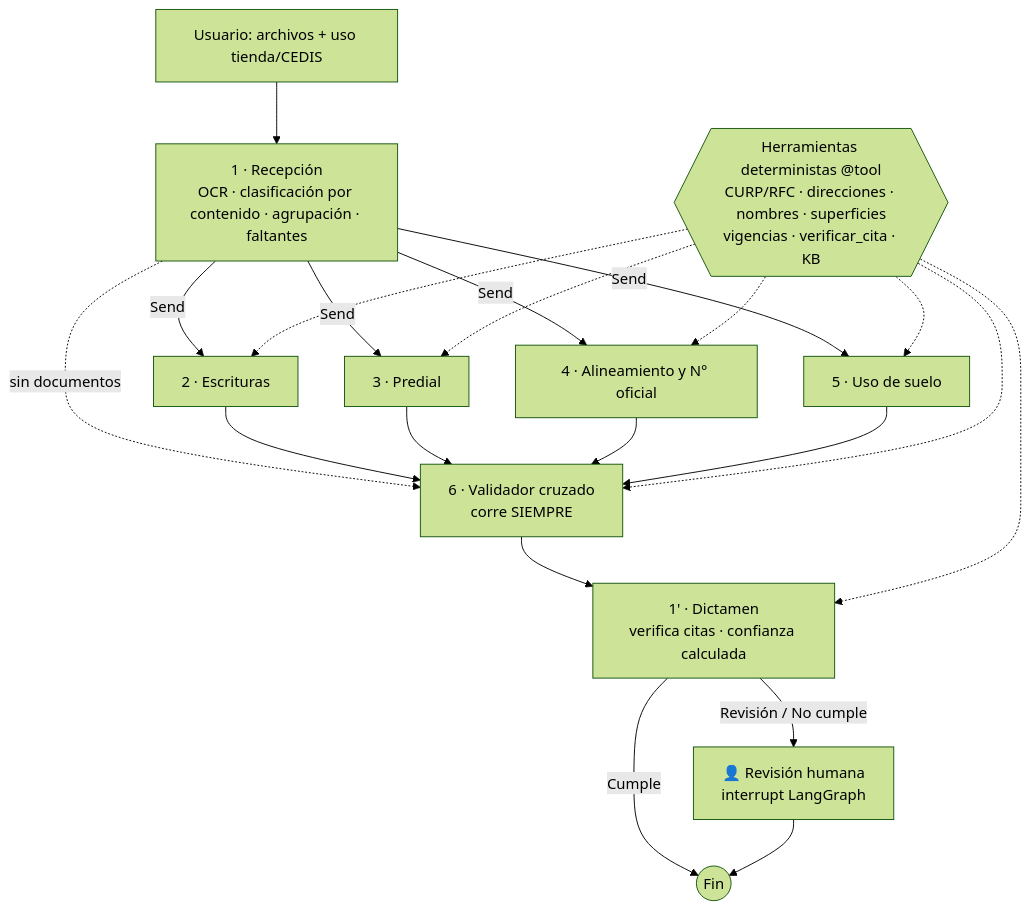
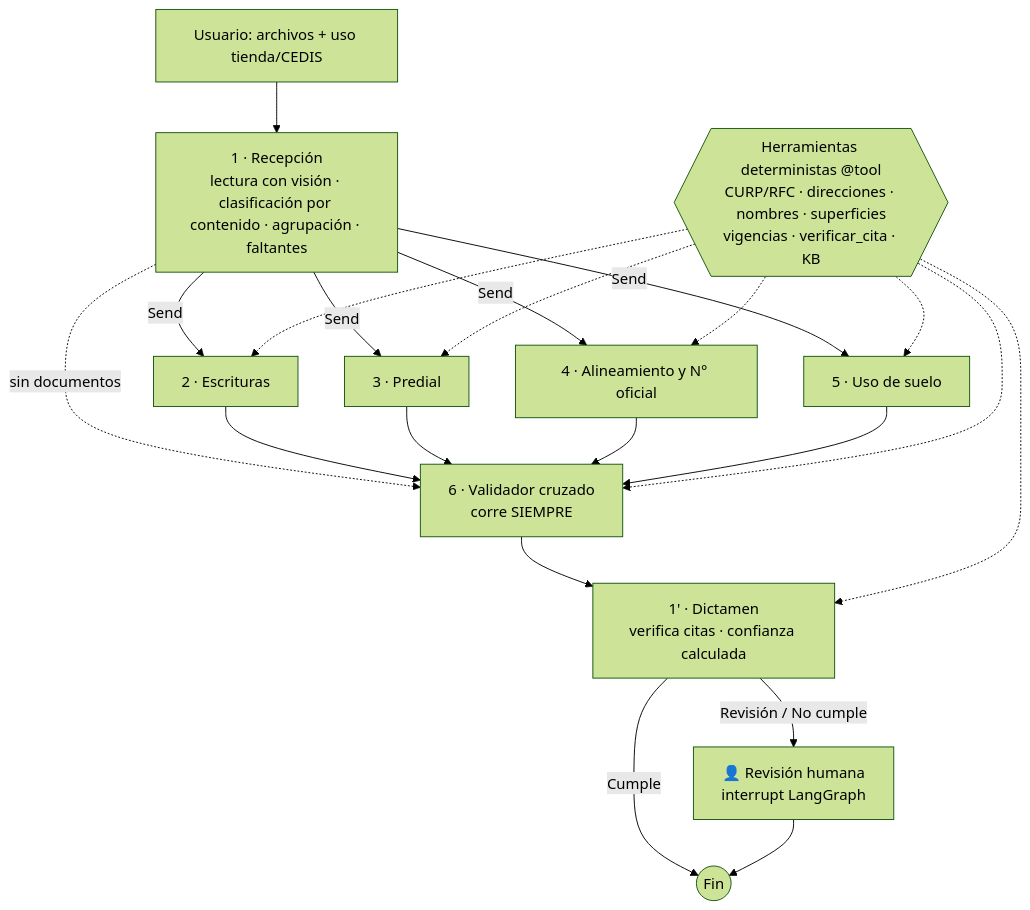
One commit to carrada/Hack3b-Team09 changed the diagram in README.md. Above: the diagram before and after it, drawn with Mermaid (forest theme). The commit also changed other lines of this file and 17 other files, not shown here.

First line of the commit message:
Lectura con LLM de visión local (sin OCR) y temporizador en la app

````diff
--- a/README.md
+++ b/README.md
@@ -29,14 +29,14 @@
 ```mermaid
 graph TD
-  A[Usuario: archivos + uso tienda/CEDIS] --> R[1 · Recepción<br/>OCR · clasificación por contenido · agrupación · faltantes]
+  A[Usuario: archivos + uso tienda/CEDIS] --> R[1 · Recepción<br/>lectura con visión · clasificación por contenido · agrupación · faltantes]
   R -- Send --> E[2 · Escrituras]
   R -- Send --> P[3 · Predial]
   R -- Send --> L[4 · Alineamiento y N° oficial]
   R -- Send --> U[5 · Uso de suelo]
   R -. sin documentos .-> V
   E & P & L & U --> V[6 · Validador cruzado<br/>corre SIEMPRE]
   V --> D[1' · Dictamen<br/>verifica citas · confianza calculada]
   D -- Cumple --> F((Fin))
   D -- Revisión / No cumple --> H[👤 Revisión humana<br/>interrupt LangGraph] --> F
   T{{Herramientas deterministas @tool<br/>CURP/RFC · direcciones · nombres · superficies<br/>vigencias · verificar_cita · KB}} -.-> E & P & L & U & V & D
 ```
````
